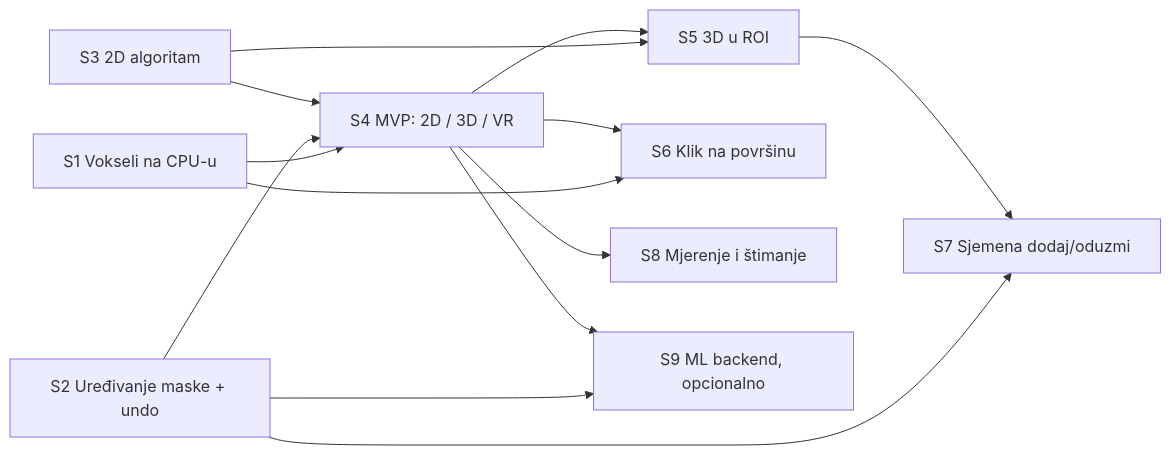
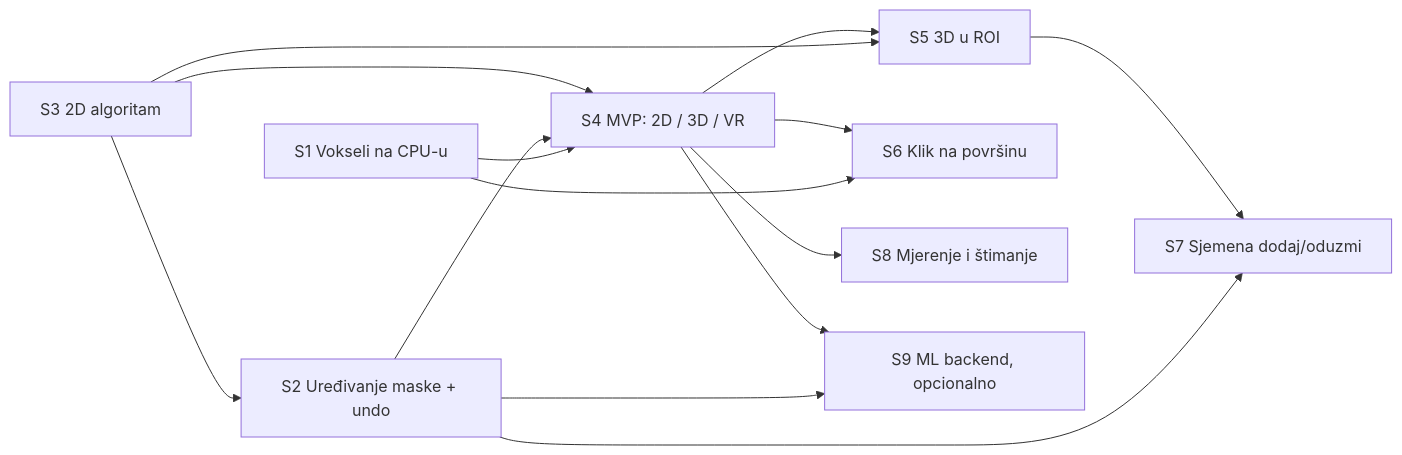
Before and after one commit to Martincel/UnityDICOMVolumeRendering: the diagram in docs/magic-brush-research.md, drawn with Mermaid. The commit also changed other lines of this file, not shown here.

````diff
--- a/docs/magic-brush-research.md
+++ b/docs/magic-brush-research.md
@@ -305,15 +305,16 @@
 ```mermaid
 graph LR
   S1[S1 Vokseli na CPU-u] --> S4
   S2[S2 Uređivanje maske + undo] --> S4
-  S3[S3 2D algoritam] --> S4[S4 MVP: 2D / 3D / VR]
+  S3[S3 2D algoritam] --> S2
+  S3 --> S4[S4 MVP: 2D / 3D / VR]
   S3 --> S5[S5 3D u ROI]
   S4 --> S5
   S1 --> S6[S6 Klik na površinu]
   S4 --> S6
   S2 --> S7[S7 Sjemena dodaj/oduzmi]
   S5 --> S7
   S4 --> S8[S8 Mjerenje i štimanje]
   S2 --> S9[S9 ML backend, opcionalno]
   S4 --> S9
 ```
````
